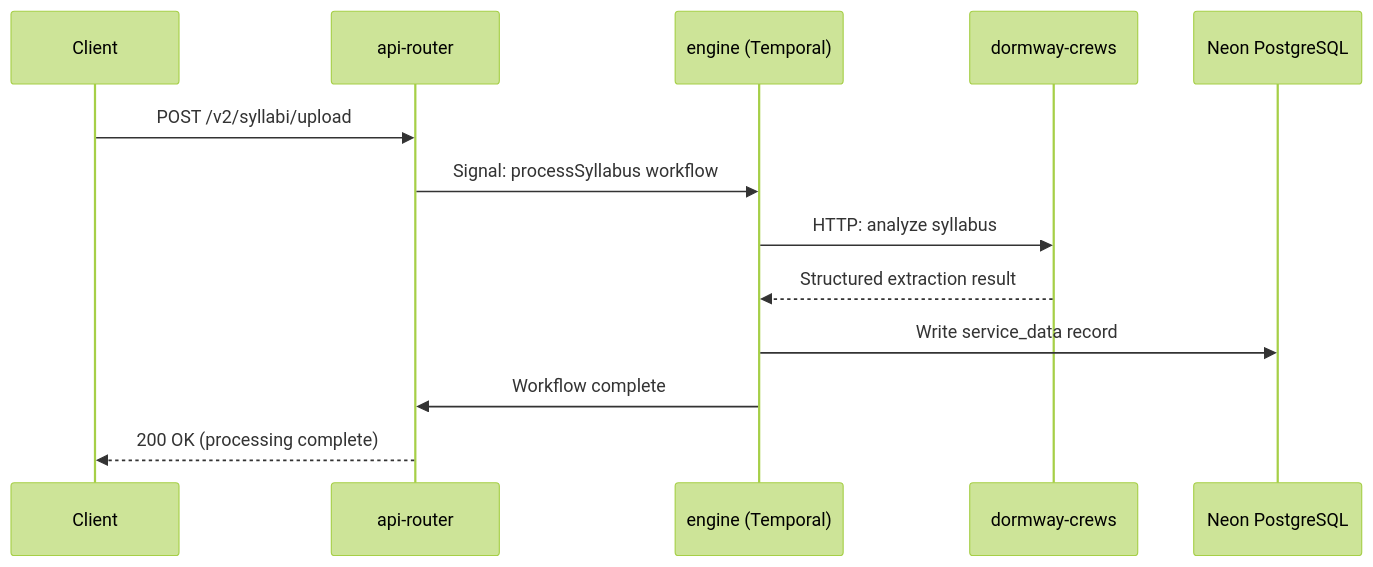
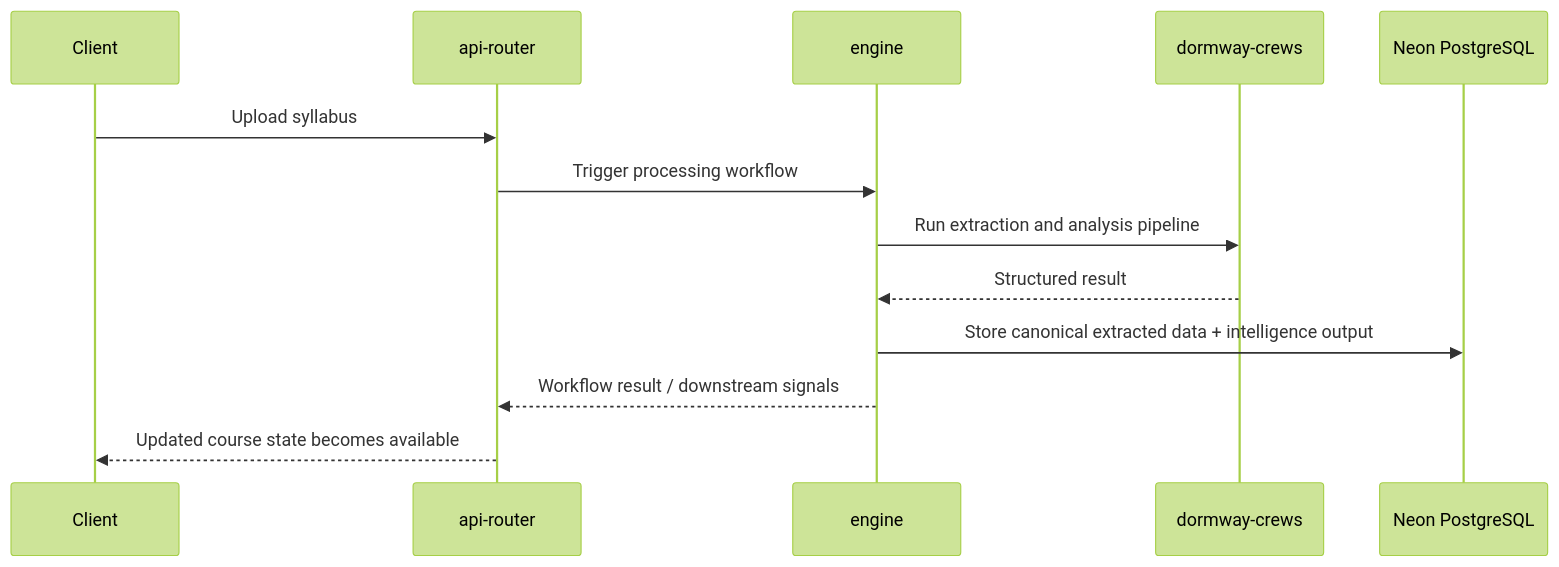
One commit to DormWay/mintlify-docs changed the third of 3 diagrams in docs/overview/platform-architecture.mdx. Above: the diagram before and after it, drawn with Mermaid (forest theme). The commit also changed other lines of this file and 109 other files, not shown here.

Commit message:
Refresh Mintlify docs and add overview diagrams

````diff
--- a/docs/overview/platform-architecture.mdx
+++ b/docs/overview/platform-architecture.mdx
@@ -157,16 +192,16 @@
 ```mermaid
 sequenceDiagram
     participant C as Client
     participant A as api-router
-    participant E as engine (Temporal)
+    participant E as engine
     participant CR as dormway-crews
     participant DB as Neon PostgreSQL
 
-    C->>A: POST /v2/syllabi/upload
-    A->>E: Signal: processSyllabus workflow
-    E->>CR: HTTP: analyze syllabus
-    CR-->>E: Structured extraction result
-    E->>DB: Write service_data record
-    E->>A: Workflow complete
-    A-->>C: 200 OK (processing complete)
+    C->>A: Upload syllabus
+    A->>E: Trigger processing workflow
+    E->>CR: Run extraction and analysis pipeline
+    CR-->>E: Structured result
+    E->>DB: Store canonical extracted data + intelligence output
+    E-->>A: Workflow result / downstream signals
+    A-->>C: Updated course state becomes available
 ```
````
